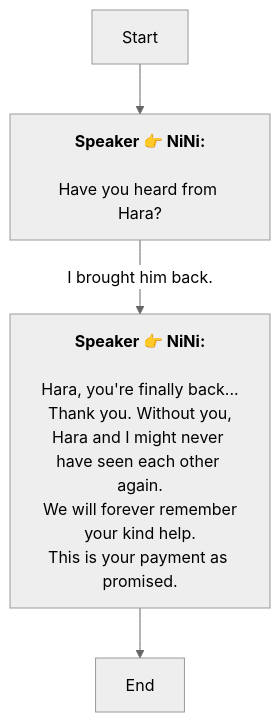
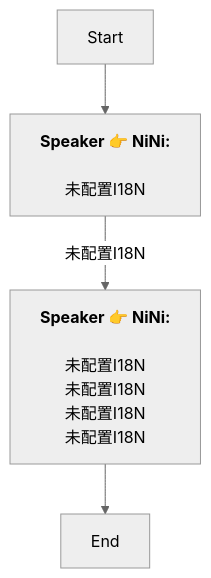
Before and after one commit to SoftHu/tos_avg: the diagram in En/QuestTalkObjectiveNode_1770750334383150.md, drawn with Mermaid (neutral theme). The commit also changed 730 other files, not shown here.

````diff
--- a/En/QuestTalkObjectiveNode_1770750334383150.md
+++ b/En/QuestTalkObjectiveNode_1770750334383150.md
@@ -1,11 +1,9 @@
 ```mermaid
 graph
 Start -->1770750449820772[<b>Speaker 👉 NiNi:</b>
-\nHave you heard from Hara?]
-1770750449820772 -->|I brought him back.|1770750449825899[<b>Speaker 👉 NiNi:</b>
-\nHara, you're finally back...\nThank you. Without you,
-Hara and I might never have seen each other again.\nWe will forever remember
-your kind help.\nThis is your payment as promised.]
+\n未配置I18N]
+1770750449820772 -->|未配置I18N|1770750449825899[<b>Speaker 👉 NiNi:</b>
+\n未配置I18N\n未配置I18N\n未配置I18N\n未配置I18N]
 1770750449825899 -->1770750449825900[End]
 
 ```
````
